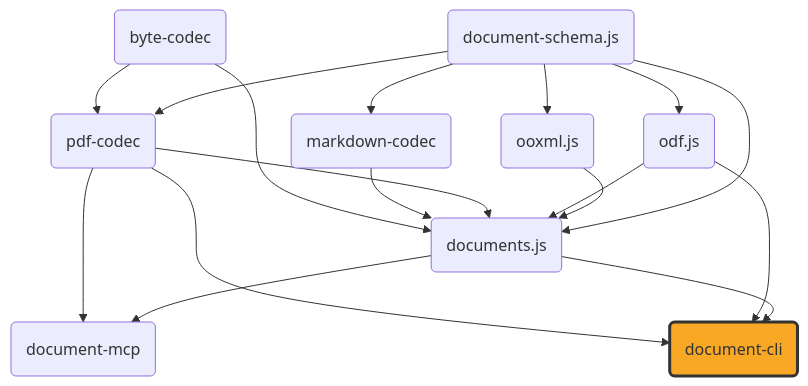
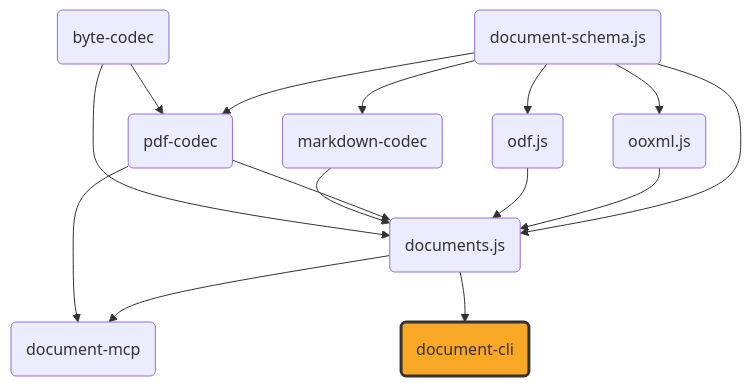
Before and after one commit to ExaDev/document-cli: the diagram in README.md, drawn with Mermaid. The commit also changed other lines of this file and 4 other files, not shown here.

````diff
--- a/README.md
+++ b/README.md
@@ -9,41 +9,39 @@
 ```mermaid
 graph TD
     schema("document-schema.js")
     ooxml("ooxml.js")
     odf("odf.js")
     pdfcodec("pdf-codec")
     mdcodec("markdown-codec")
     bytecodec("byte-codec")
     documents("documents.js")
     mcp("document-mcp")
     cli("document-cli")
 
     schema --> ooxml
     schema --> odf
     schema --> pdfcodec
     schema --> mdcodec
     schema --> documents
     ooxml --> documents
     odf --> documents
     pdfcodec --> documents
     mdcodec --> documents
     bytecodec --> pdfcodec
     bytecodec --> documents
     documents --> mcp
     pdfcodec --> mcp
     documents --> cli
-    odf --> cli
-    pdfcodec --> cli
 
     click schema "https://github.com/ExaDev/document-schema.js" "document-schema.js"
     click ooxml "https://github.com/ExaDev/ooxml.js" "ooxml.js"
     click odf "https://github.com/ExaDev/odf.js" "odf.js"
     click pdfcodec "https://github.com/ExaDev/pdf-codec" "pdf-codec"
     click mdcodec "https://github.com/ExaDev/markdown-codec" "markdown-codec"
     click bytecodec "https://github.com/ExaDev/byte-codec" "byte-codec"
     click documents "https://github.com/ExaDev/documents.js" "documents.js"
     click mcp "https://github.com/ExaDev/document-mcp" "document-mcp"
     click cli "https://github.com/ExaDev/document-cli" "document-cli"
 
     style cli fill:#f9a825,stroke:#333,stroke-width:3px
 ```
````
